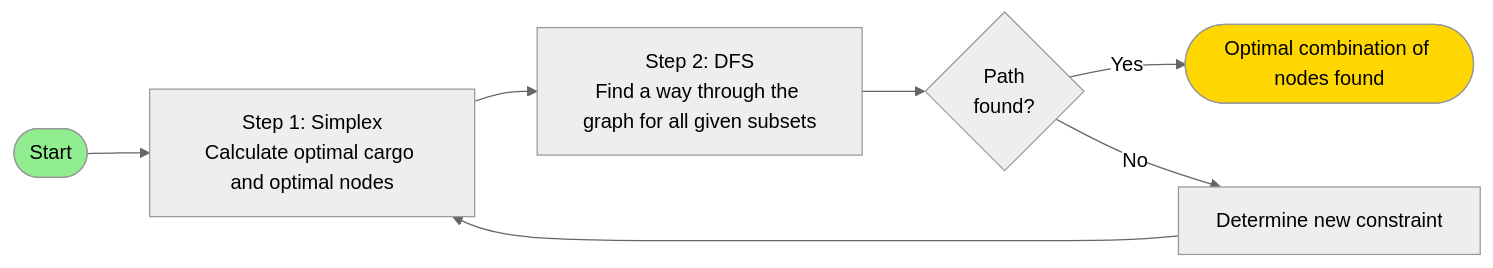
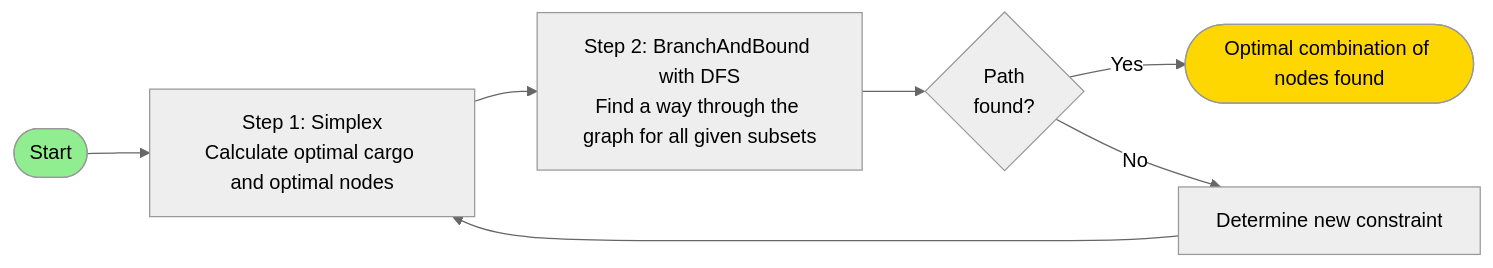
Before and after one commit to SimonLuttmann/odm_group11: the diagram in slides.md, drawn with Mermaid (neutral theme). The commit also changed other lines of this file, not shown here.

Commit message:
updated with branch and bound

````diff
--- a/slides.md
+++ b/slides.md
@@ -45,13 +45,13 @@
 ```mermaid {scale: 0.6}
 flowchart LR
     Start([Start]) --> Step1[Step 1: Simplex<br/>Calculate optimal cargo and optimal nodes]
-    Step1 --> Step2[Step 2: DFS<br/>Find a way through the graph for all given subsets]
+    Step1 --> Step2[Step 2: BranchAndBound with DFS<br/>Find a way through the graph for all given subsets]
     Step2 --> Check{Path<br/>found?}
     Check -->|Yes| Success([Optimal combination of nodes found])
     Check -->|No| NewCon[Determine new constraint]
     NewCon --> Step1
     Step1
 
     style Start fill:#90EE90
     style Success fill:#FFD700
 ```
````
